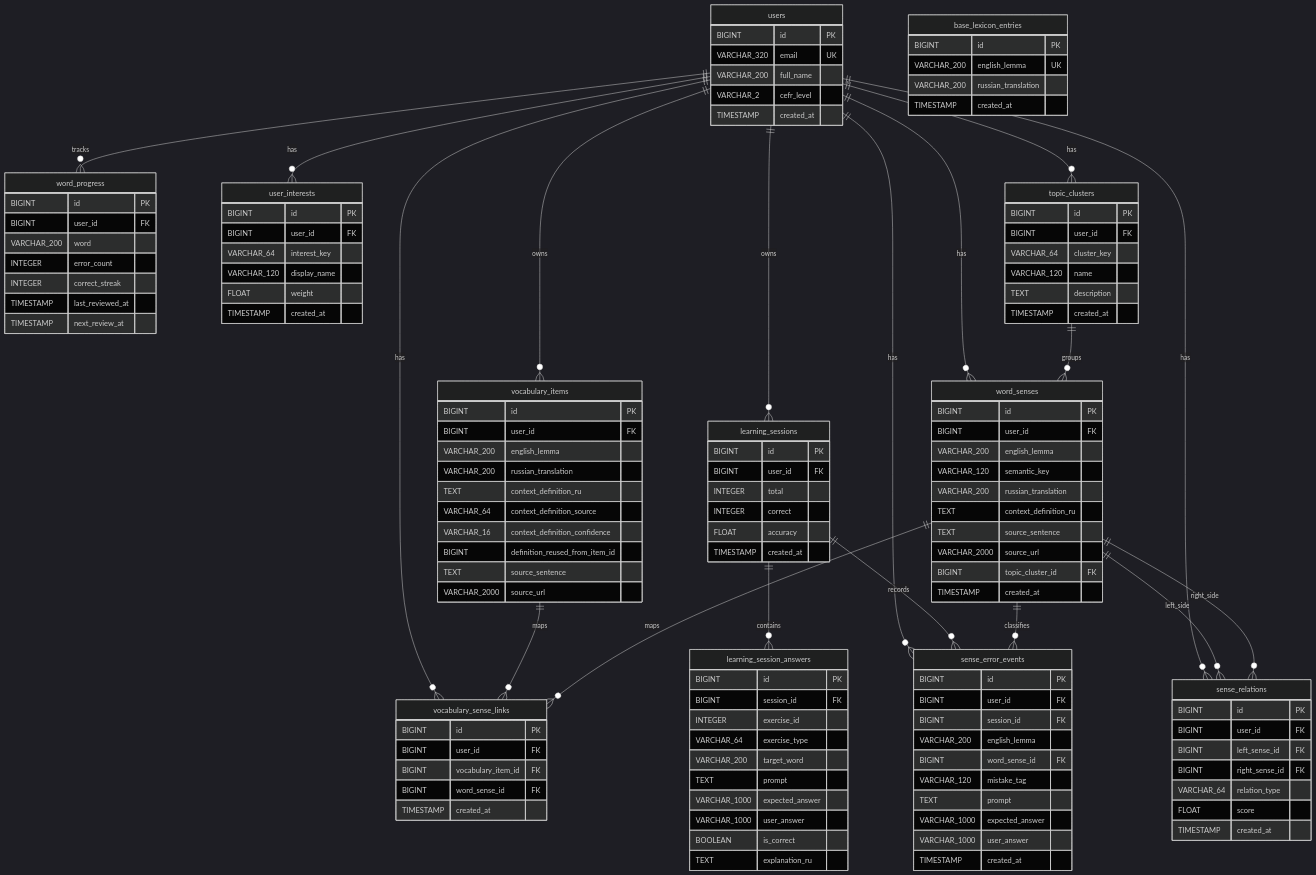
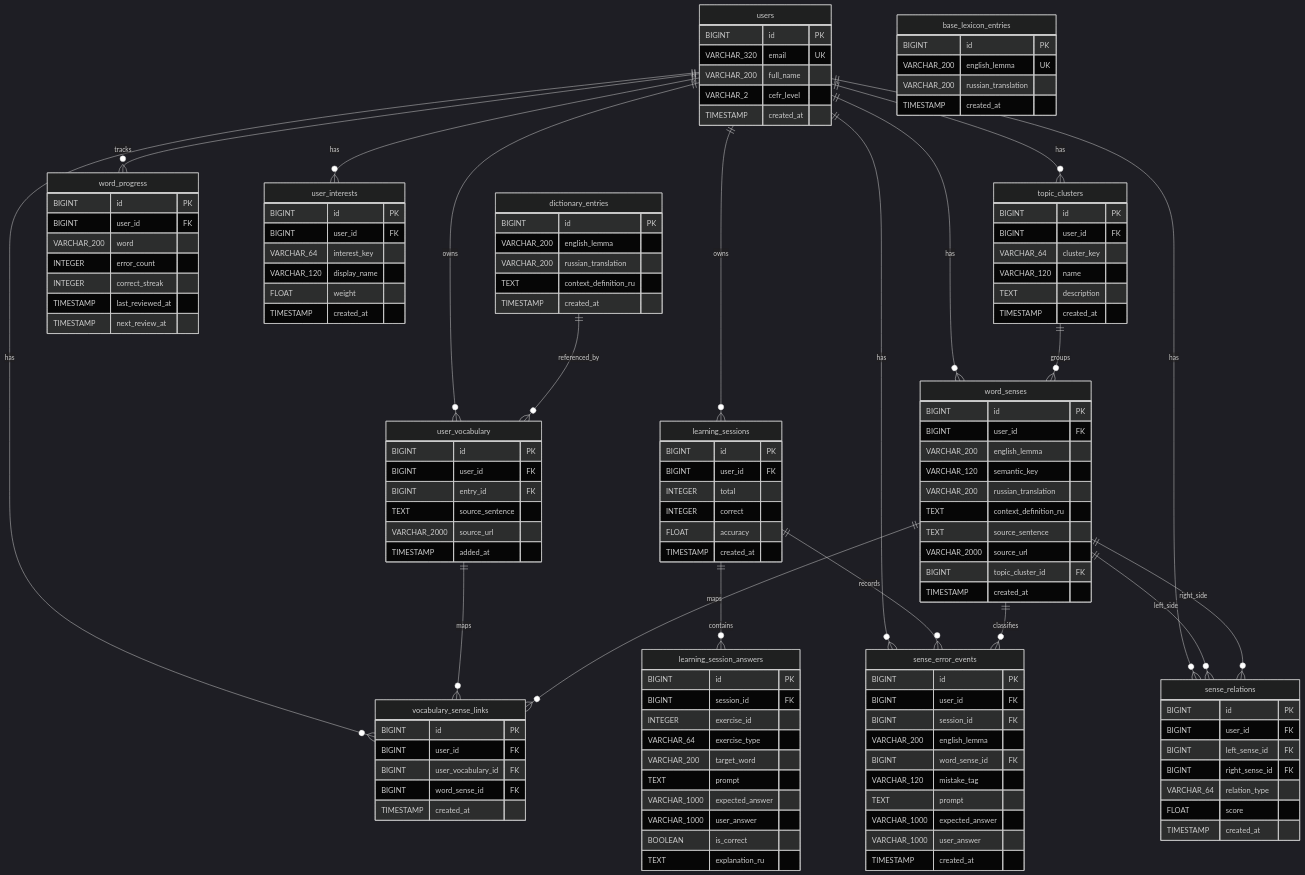
Before and after one commit to Alena172/VKR_MIREA: the diagram in docs/database_schema.md, drawn with Mermaid (dark theme). The commit also changed other lines of this file and 3 other files, not shown here.

Commit message:
refactor: update architecture and module structure by renaming and reorganizing components, enhancing clarity in domain modules, and streamlining inter-module interactions for improved maintainability

```diff
--- a/docs/database_schema.md
+++ b/docs/database_schema.md
@@ -110,17 +112,21 @@
         TIMESTAMP created_at
     }
 
-    vocabulary_items {
+    dictionary_entries {
         BIGINT id PK
-        BIGINT user_id FK
         VARCHAR_200 english_lemma
         VARCHAR_200 russian_translation
         TEXT context_definition_ru
-        VARCHAR_64 context_definition_source
-        VARCHAR_16 context_definition_confidence
-        BIGINT definition_reused_from_item_id
+        TIMESTAMP created_at
+    }
+
+    user_vocabulary {
+        BIGINT id PK
+        BIGINT user_id FK
+        BIGINT entry_id FK
         TEXT source_sentence
         VARCHAR_2000 source_url
+        TIMESTAMP added_at
     }
 
     word_progress {
@@ -189,7 +195,7 @@
     vocabulary_sense_links {
         BIGINT id PK
         BIGINT user_id FK
-        BIGINT vocabulary_item_id FK
+        BIGINT user_vocabulary_id FK
         BIGINT word_sense_id FK
         TIMESTAMP created_at
     }
@@ -217,7 +223,7 @@
         TIMESTAMP created_at
     }
 
-    users ||--o{ vocabulary_items : owns
+    users ||--o{ user_vocabulary : owns
     users ||--o{ word_progress : tracks
     users ||--o{ learning_sessions : owns
     users ||--o{ user_interests : has
@@ -227,9 +233,10 @@
     users ||--o{ sense_relations : has
     users ||--o{ sense_error_events : has
 
+    dictionary_entries ||--o{ user_vocabulary : referenced_by
     learning_sessions ||--o{ learning_session_answers : contains
     topic_clusters ||--o{ word_senses : groups
-    vocabulary_items ||--o{ vocabulary_sense_links : maps
+    user_vocabulary ||--o{ vocabulary_sense_links : maps
     word_senses ||--o{ vocabulary_sense_links : maps
     word_senses ||--o{ sense_relations : left_side
     word_senses ||--o{ sense_relations : right_side
```
